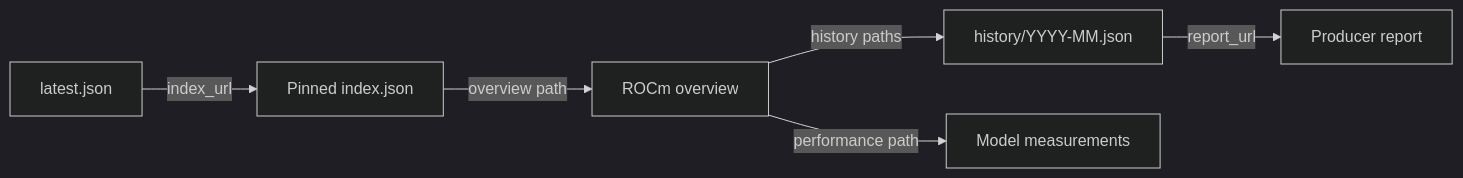
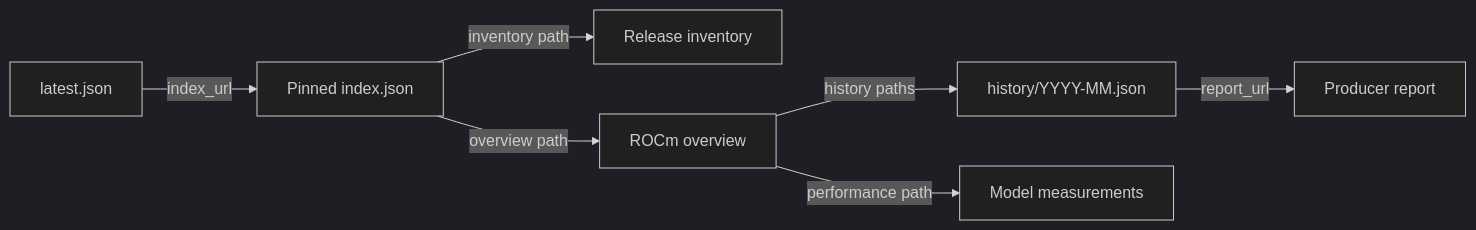
The second of 2 diagrams in docs/data-flow.md (lemonade-sdk/rocm-readiness), drawn with Mermaid (dark theme) before and after one commit. The commit also changed other lines of this file and 19 other files, not shown here.

````diff
--- a/docs/data-flow.md
+++ b/docs/data-flow.md
@@ -42,8 +43,9 @@
 ```mermaid
 flowchart LR
     Latest["latest.json"] -->|index_url| Index["Pinned index.json"]
+    Index -->|inventory path| Inventory["Release inventory"]
     Index -->|overview path| Overview["ROCm overview"]
     Overview -->|history paths| History["history/YYYY-MM.json"]
     History -->|report_url| Report["Producer report"]
     Overview -->|performance path| Performance["Model measurements"]
 ```
````
